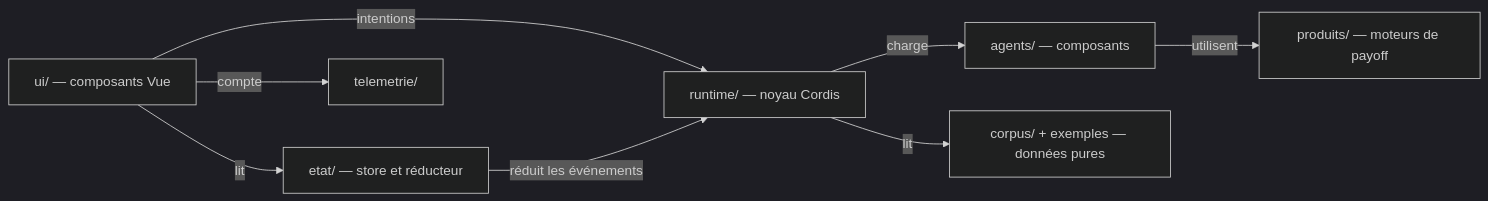
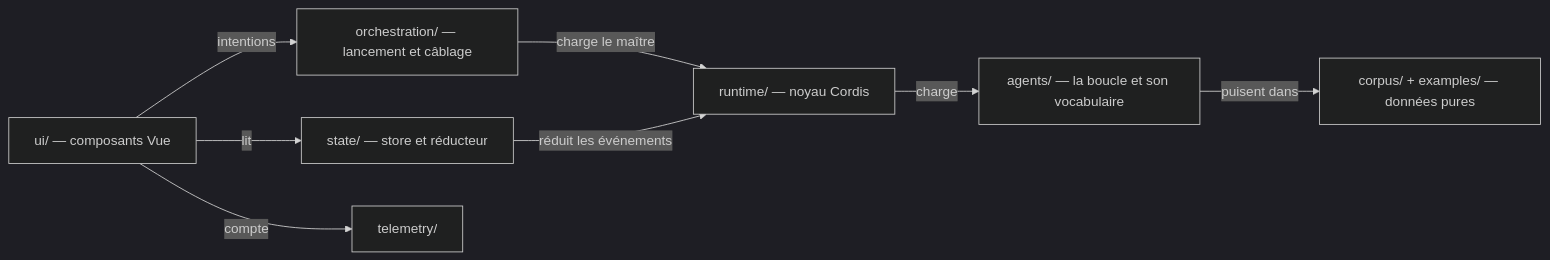
One commit to guillaume-flambard/usine changed the first of 5 diagrams in _bmad-output/planning-artifacts/architecture/architecture-usine-2026-08-20/ARCHITECTURE-SPINE.md. Above: the diagram before and after it, drawn with Mermaid (dark theme). The commit also changed other lines of this file and 2 other files, not shown here.

First line of the commit message:
docs: aligner la documentation sur les noms anglais

````diff
--- a/_bmad-output/planning-artifacts/architecture/architecture-usine-2026-08-20/ARCHITECTURE-SPINE.md
+++ b/_bmad-output/planning-artifacts/architecture/architecture-usine-2026-08-20/ARCHITECTURE-SPINE.md
@@ -41,18 +41,18 @@
 ```mermaid
 graph LR
   ui["ui/ — composants Vue"]
-  etat["etat/ — store et réducteur"]
+  state["state/ — store et réducteur"]
   runtime["runtime/ — noyau Cordis"]
-  agents["agents/ — composants"]
-  scenarios["corpus/ + exemples — données pures"]
-  produits["produits/ — moteurs de payoff"]
-  telemetrie["telemetrie/"]
+  agents["agents/ — la boucle et son vocabulaire"]
+  data["corpus/ + examples/ — données pures"]
+  orchestration["orchestration/ — lancement et câblage"]
+  telemetry["telemetry/"]
 
-  ui -->|lit| etat
-  ui -->|intentions| runtime
-  etat -->|réduit les événements| runtime
+  ui -->|lit| state
+  ui -->|intentions| orchestration
+  orchestration -->|charge le maître| runtime
+  state -->|réduit les événements| runtime
   runtime -->|charge| agents
-  runtime -->|lit| scenarios
-  agents -->|utilisent| produits
-  ui -->|compte| telemetrie
+  agents -->|puisent dans| data
+  ui -->|compte| telemetry
 ```
````
